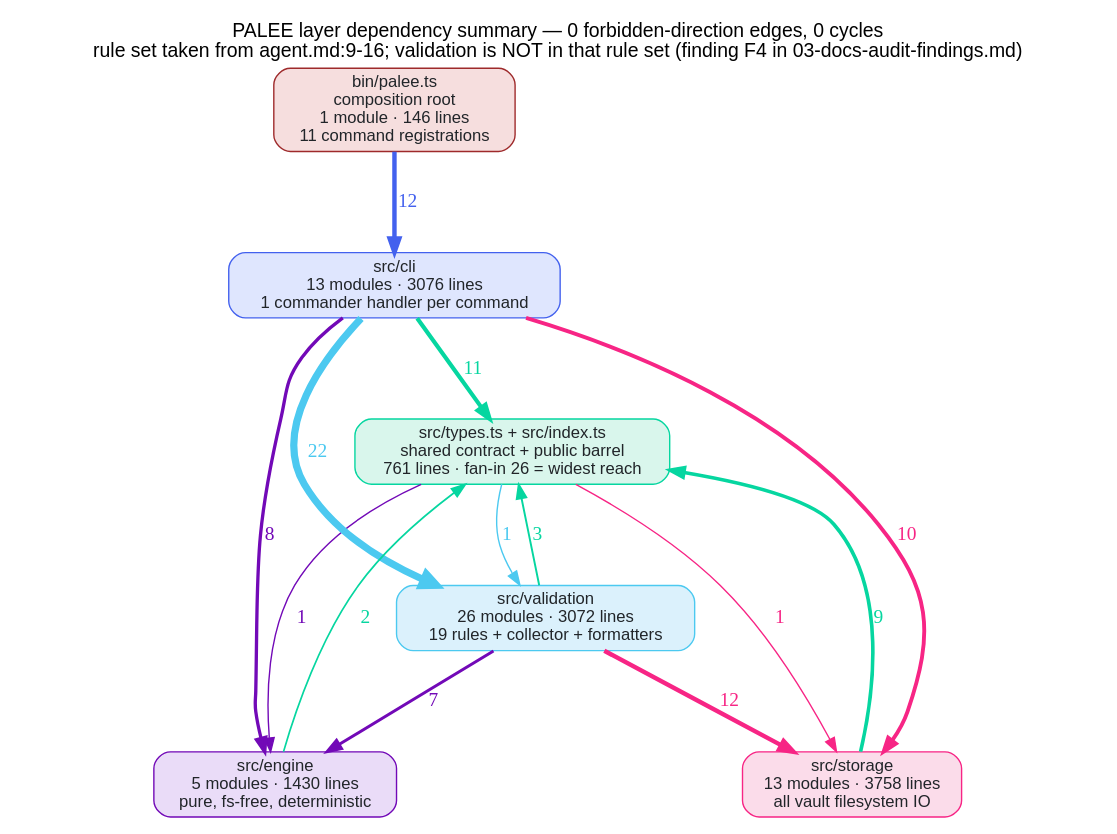
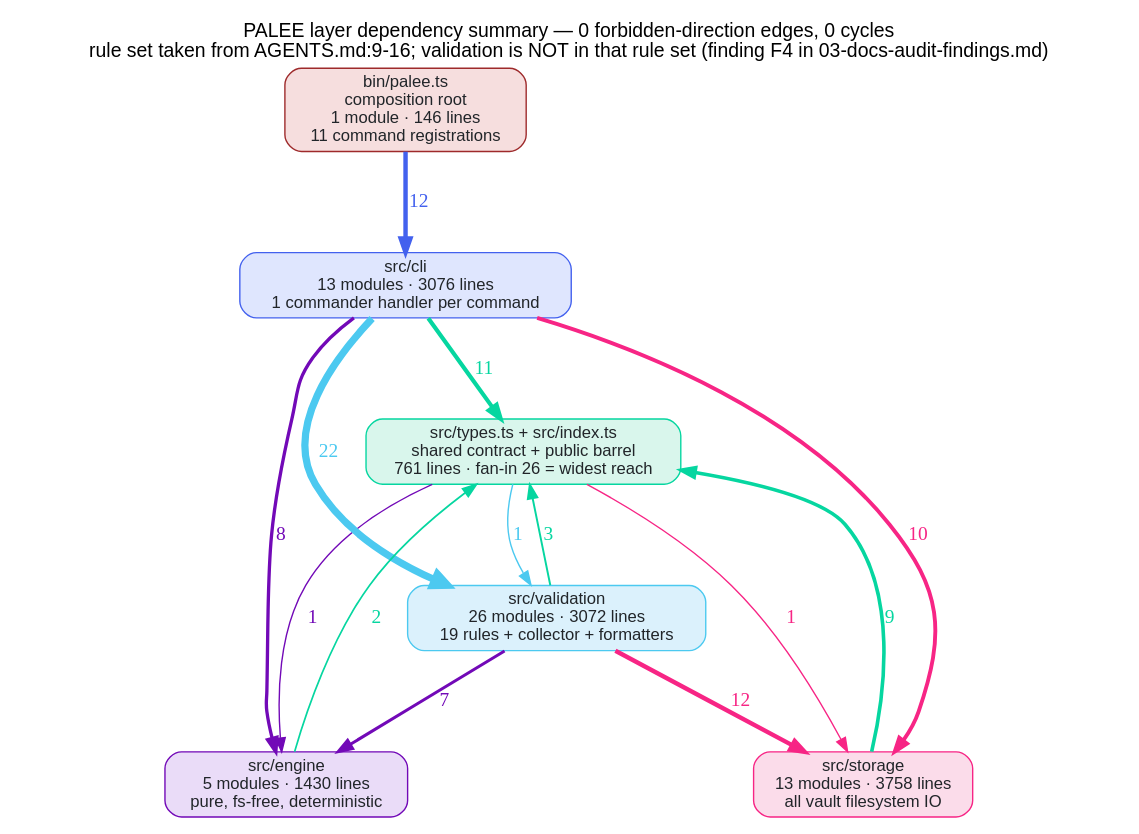
Before and after one commit to Kuldeep2822k/cli: the diagram in architecture/layer-summary.dot, drawn with Graphviz. The commit also changed 28 other files, not shown here.

```diff
--- a/architecture/layer-summary.dot
+++ b/architecture/layer-summary.dot
@@ -1,35 +1,35 @@
 digraph PALEELayers {
   // Generated by scripts/arch-render-dot.cjs. Edge labels = number of import edges between layers.
   // Question answered: is the documented layering actually enforced by the imports?
   graph [rankdir=TB, nodesep=0.5, ranksep=0.8, fontname="Helvetica", labelloc=t,
-         label="PALEE layer dependency summary — 0 forbidden-direction edges, 0 cycles\nrule set taken from agent.md:9-16; validation is NOT in that rule set (finding F4 in 03-docs-audit-findings.md)"];
+         label="PALEE layer dependency summary — 0 forbidden-direction edges, 0 cycles\nrule set taken from AGENTS.md:9-16; validation is NOT in that rule set (finding F4 in 03-docs-audit-findings.md)"];
   node [shape=box, style="rounded,filled", fontname="Helvetica", fontsize=12];
 
   m_bin [label="bin/palee.ts\ncomposition root\n1 module · 146 lines\n11 command registrations", color="#9e2a2b", fontcolor="#212529", fillcolor="#f6dede"];
   m_src_root_ [label="src/types.ts + src/index.ts\nshared contract + public barrel\n761 lines · fan-in 26 = widest reach", color="#06d6a0", fontcolor="#212529", fillcolor="#d9f6ec"];
   m_src_cli [label="src/cli\n13 modules · 3076 lines\n1 commander handler per command", color="#4361ee", fontcolor="#212529", fillcolor="#dfe6fe"];
   m_src_engine [label="src/engine\n5 modules · 1430 lines\npure, fs-free, deterministic", color="#7209b7", fontcolor="#212529", fillcolor="#eadcf8"];
   m_src_storage [label="src/storage\n13 modules · 3758 lines\nall vault filesystem IO", color="#f72585", fontcolor="#212529", fillcolor="#fbdcea"];
   m_src_validation [label="src/validation\n26 modules · 3072 lines\n19 rules + collector + formatters", color="#4cc9f0", fontcolor="#212529", fillcolor="#dbf1fc"];
 
   m_src_cli -> m_src_validation [label="22", penwidth=5.20, color="#4cc9f0", fontcolor="#4cc9f0"];
   m_bin -> m_src_cli [label="12", penwidth=3.20, color="#4361ee", fontcolor="#4361ee"];
   m_src_validation -> m_src_storage [label="12", penwidth=3.20, color="#f72585", fontcolor="#f72585"];
   m_src_cli -> m_src_root_ [label="11", penwidth=3.00, color="#06d6a0", fontcolor="#06d6a0"];
   m_src_cli -> m_src_storage [label="10", penwidth=2.80, color="#f72585", fontcolor="#f72585"];
   m_src_storage -> m_src_root_ [label="9", penwidth=2.60, color="#06d6a0", fontcolor="#06d6a0"];
   m_src_cli -> m_src_engine [label="8", penwidth=2.40, color="#7209b7", fontcolor="#7209b7"];
   m_src_validation -> m_src_engine [label="7", penwidth=2.20, color="#7209b7", fontcolor="#7209b7"];
   m_src_validation -> m_src_root_ [label="3", penwidth=1.40, color="#06d6a0", fontcolor="#06d6a0"];
   m_src_engine -> m_src_root_ [label="2", penwidth=1.20, color="#06d6a0", fontcolor="#06d6a0"];
   m_src_root_ -> m_src_engine [label="1", penwidth=1.00, color="#7209b7", fontcolor="#7209b7"];
   m_src_root_ -> m_src_storage [label="1", penwidth=1.00, color="#f72585", fontcolor="#f72585"];
   m_src_root_ -> m_src_validation [label="1", penwidth=1.00, color="#4cc9f0", fontcolor="#4cc9f0"];
 
   // intra-layer edge counts (cohesion):
   //   src/validation -> itself: 54 edges
   //   src/cli -> itself: 31 edges
   //   src/storage -> itself: 27 edges
   //   src/engine -> itself: 4 edges
   //   src(root) -> itself: 1 edges
 }
```
